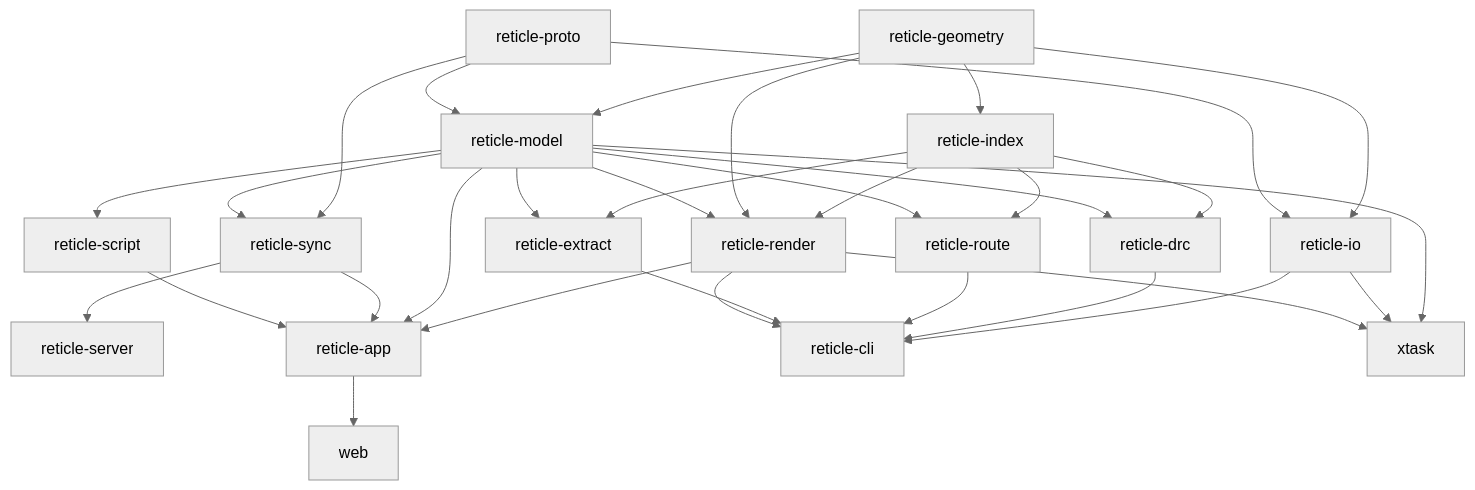
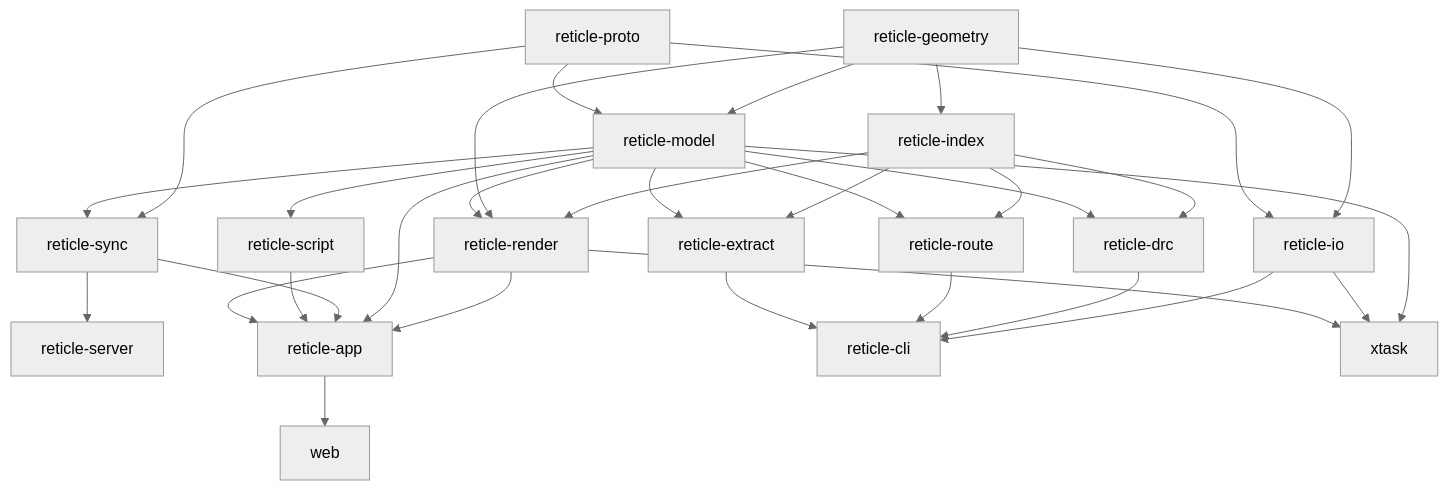
The diagram in docs/PLAN.md (AlpharomeroJL/reticle), drawn with Mermaid (neutral theme) before and after one commit. The commit also changed other lines of this file and 9 other files, not shown here.

````diff
--- a/docs/PLAN.md
+++ b/docs/PLAN.md
@@ -23,51 +24,51 @@
 ```mermaid
 graph TD
     geometry[reticle-geometry]
     proto[reticle-proto]
     index[reticle-index]
     io[reticle-io]
     model[reticle-model]
     render[reticle-render]
     drc[reticle-drc]
     route[reticle-route]
     extract[reticle-extract]
     sync[reticle-sync]
     server[reticle-server]
     script[reticle-script]
     app[reticle-app]
     cli[reticle-cli]
     web[web]
     xtask[xtask]
 
     geometry --> index
     geometry --> io
     geometry --> model
     proto --> io
     proto --> model
     proto --> sync
     index --> drc
     index --> route
     index --> extract
     index --> render
     geometry --> render
     model --> render
     model --> drc
     model --> route
     model --> extract
     model --> sync
     model --> script
     sync --> server
     render --> app
     model --> app
     sync --> app
     script --> app
     io --> cli
     drc --> cli
     route --> cli
     extract --> cli
-    render --> cli
+    render --> app
     app --> web
     model --> xtask
     io --> xtask
     render --> xtask
 ```
````
